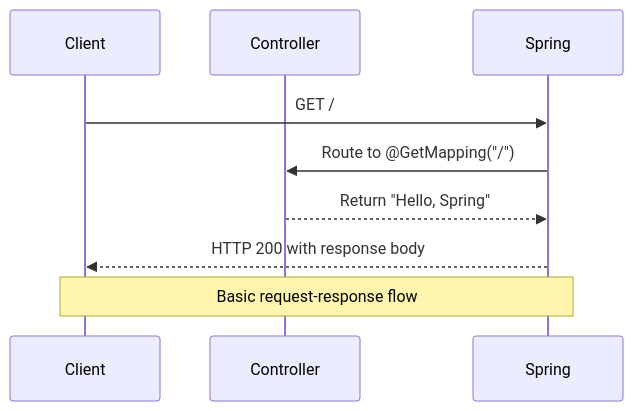
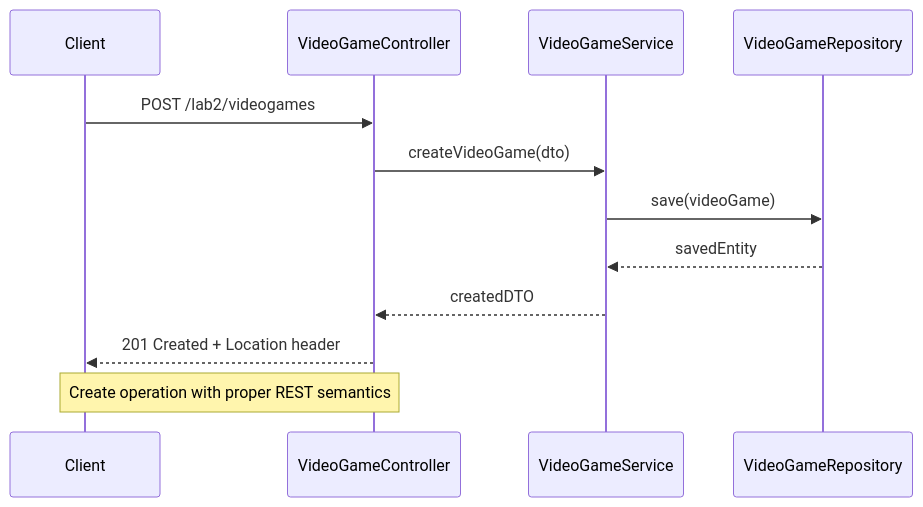
The fourth of 8 diagrams in .qoder/repowiki/en/content/Application Structure & Configuration.md (Nynoko228/Distributed-information-processing-systems), drawn with Mermaid before and after one commit. The commit also changed other lines of this file and 39 other files, not shown here.

````diff
--- a/.qoder/repowiki/en/content/Application Structure & Configuration.md
+++ b/.qoder/repowiki/en/content/Application Structure & Configuration.md
@@ -161,11 +231,14 @@
 ```mermaid
 sequenceDiagram
 participant Client
-participant Controller
-participant Spring
-Client->>Spring : GET /
-Spring->>Controller : Route to @GetMapping("/")
-Controller-->>Spring : Return "Hello, Spring"
-Spring-->>Client : HTTP 200 with response body
-Note over Client,Spring : Basic request-response flow
+participant VideoGameController
+participant VideoGameService
+participant VideoGameRepository
+Client->>VideoGameController : POST /lab2/videogames
+VideoGameController->>VideoGameService : createVideoGame(dto)
+VideoGameService->>VideoGameRepository : save(videoGame)
+VideoGameRepository-->>VideoGameService : savedEntity
+VideoGameService-->>VideoGameController : createdDTO
+VideoGameController-->>Client : 201 Created + Location header
+Note over Client,VideoGameController : Create operation with proper REST semantics
 ```
````
